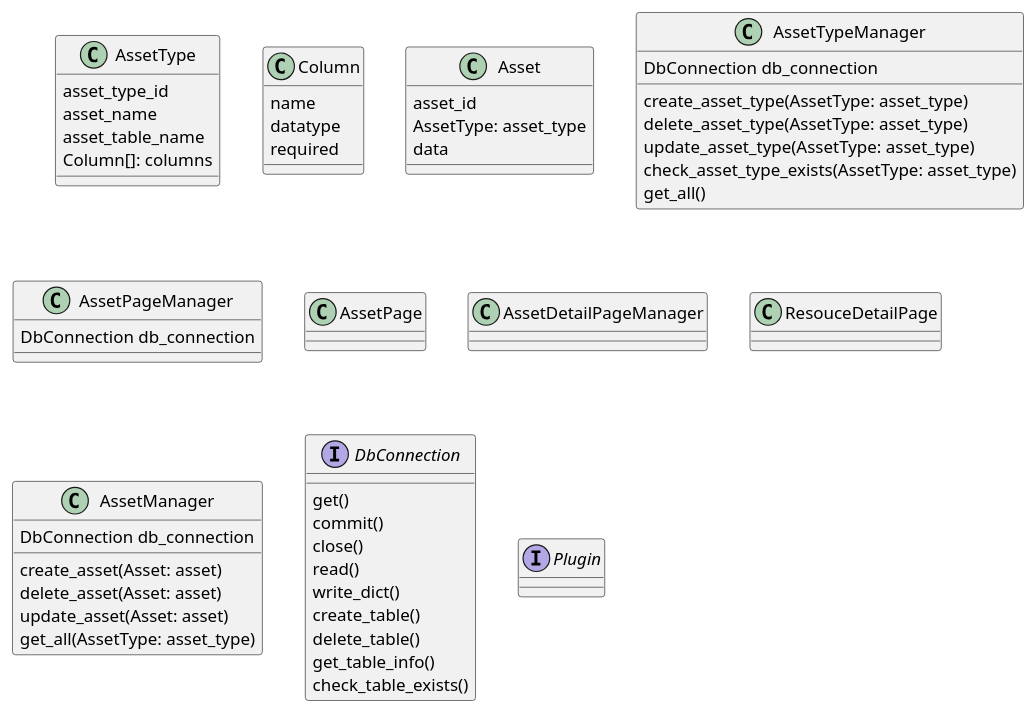
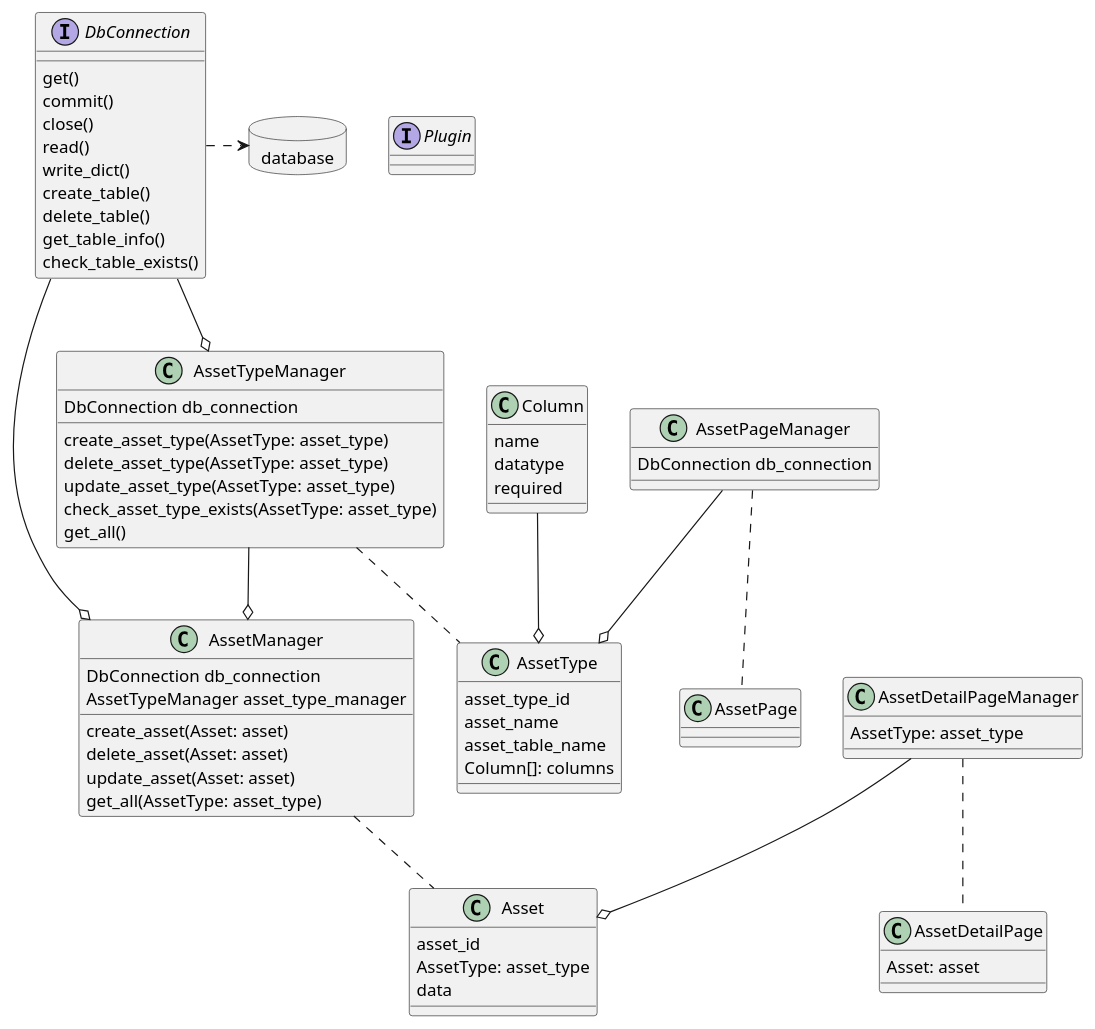
Before and after one commit to PDT42/AnyBase: the diagram in doc/classes.wsd, drawn with PlantUML. The commit also changed 2 other files, not shown here.

```diff
--- a/doc/classes.wsd
+++ b/doc/classes.wsd
@@ -1,72 +1,88 @@
 @startuml test
+
+allow_mixing
+
 class AssetType {
     asset_type_id
     asset_name
     asset_table_name
     Column[]: columns
 }
 
 class Column {
     name
     datatype
     required
 }
 
 class Asset {
     asset_id
     AssetType: asset_type
     data
 }
 
 class AssetTypeManager {
     DbConnection db_connection
     create_asset_type(AssetType: asset_type)
     delete_asset_type(AssetType: asset_type)
     update_asset_type(AssetType: asset_type)
     check_asset_type_exists(AssetType: asset_type)
     get_all()
 }
 
 class AssetPageManager {
     DbConnection db_connection
 }
 
 class AssetPage {
 
 }
 
 class AssetDetailPageManager {
-
+    AssetType: asset_type
 }
 
-class ResouceDetailPage {
-    
+class AssetDetailPage {
+    Asset: asset
 }
 
 class AssetManager  {
     DbConnection db_connection
+    AssetTypeManager asset_type_manager
     create_asset(Asset: asset)
     delete_asset(Asset: asset)
     update_asset(Asset: asset)
     get_all(AssetType: asset_type)
 }
 
 interface DbConnection {
     get()
     commit()
     close()
     read()
     write_dict()
     create_table()
     delete_table()
     get_table_info()
     check_table_exists()
 }
 
 interface Plugin {
 
 }
 
+database database
 
+DbConnection .> database
+DbConnection --o AssetManager
+DbConnection --o AssetTypeManager
+AssetTypeManager --o AssetManager
+AssetTypeManager .. AssetType
+AssetManager .. Asset
+Column --o AssetType
+AssetPageManager --o AssetType
+AssetPageManager .. AssetPage
+AssetDetailPageManager .. AssetDetailPage
+AssetDetailPageManager --o Asset
 
 @enduml
```
